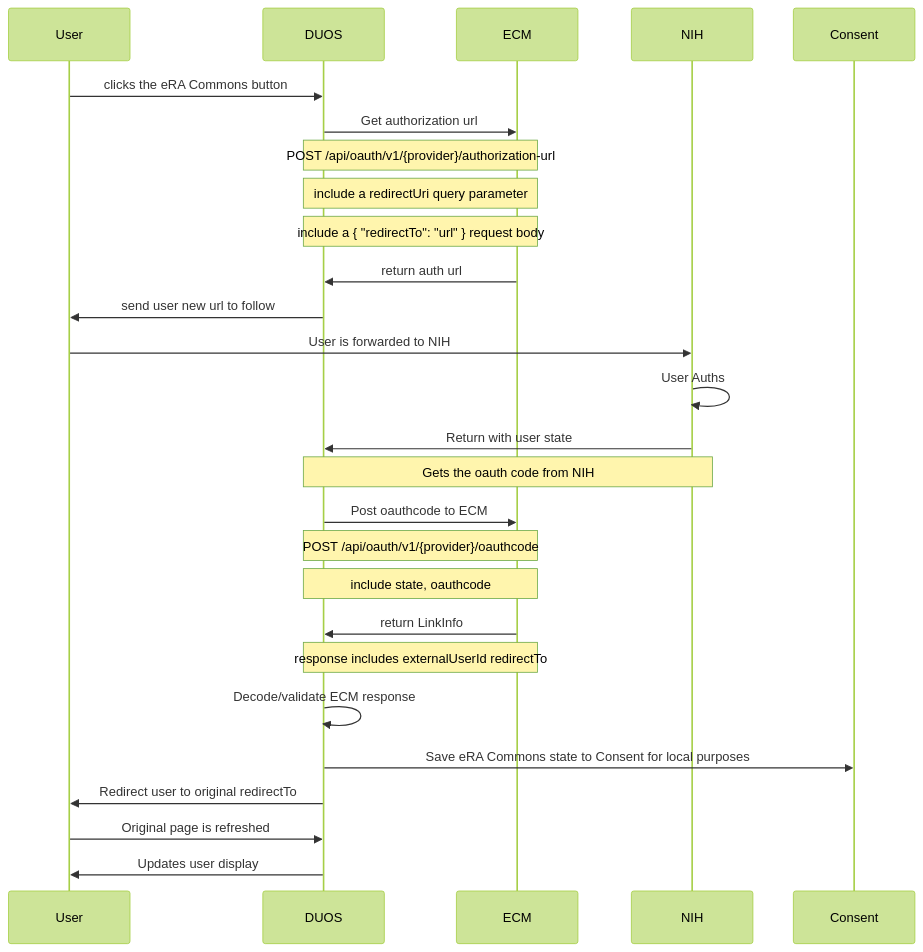
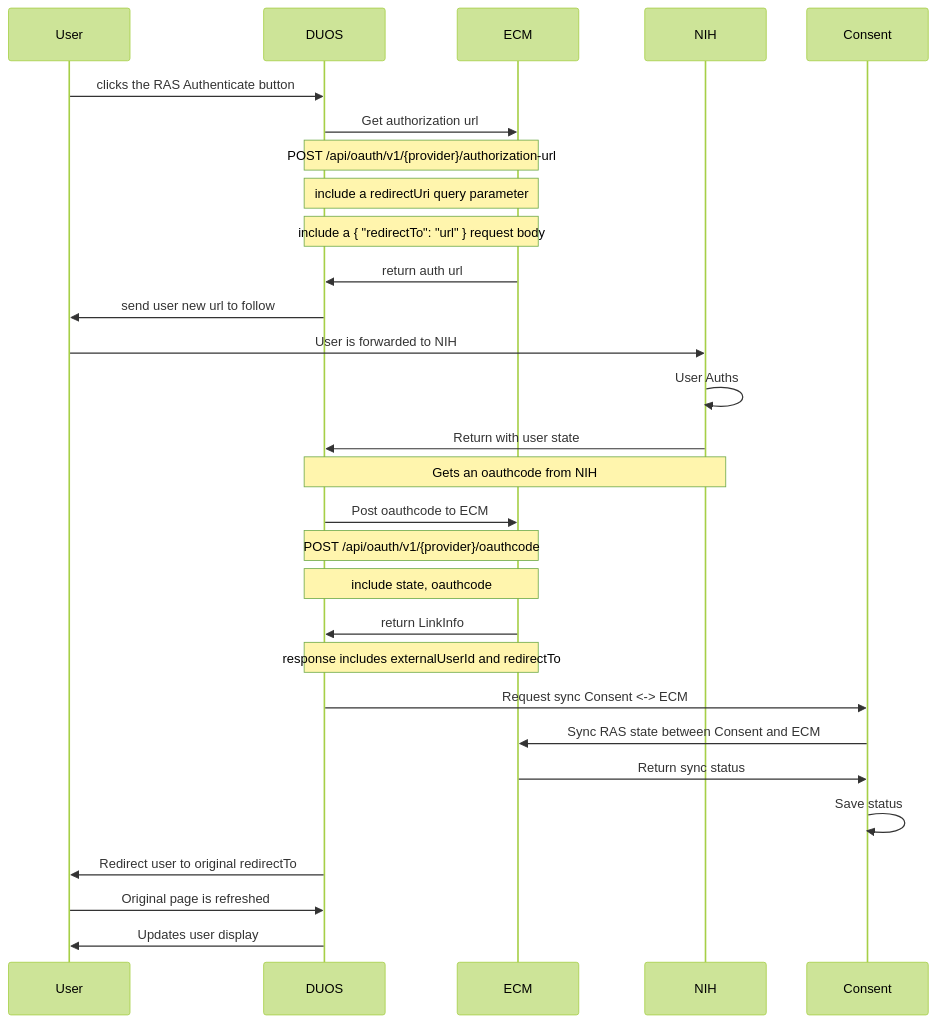
The diagram in docs/eRA_Commons.md (DataBiosphere/duos-ui), drawn with Mermaid before and after one commit. The commit also changed other lines of this file, not shown here.

Commit message:
DT-2342: Update auth sync flow documentation (#3101)

````diff
--- a/docs/eRA_Commons.md
+++ b/docs/eRA_Commons.md
@@ -11,25 +11,27 @@
 ```mermaid
 %%{init: { 'theme': 'forest' } }%%
 sequenceDiagram
-    User ->> DUOS: clicks the eRA Commons button
+    User ->> DUOS: clicks the RAS Authenticate button
     DUOS ->> ECM: Get authorization url
     Note over DUOS, ECM: POST /api/oauth/v1/{provider}/authorization-url
     Note over DUOS, ECM: include a redirectUri query parameter
     Note over DUOS, ECM: include a { "redirectTo": "url" } request body
     ECM ->> DUOS: return auth url
     DUOS ->> User: send user new url to follow
     User ->> NIH: User is forwarded to NIH
     NIH ->> NIH: User Auths
     NIH ->> DUOS: Return with user state
-    Note over DUOS, NIH: Gets the oauth code from NIH
+    Note over DUOS, NIH: Gets an oauthcode from NIH
     DUOS ->> ECM: Post oauthcode to ECM
     Note over DUOS, ECM: POST /api/oauth/v1/{provider}/oauthcode
     Note over DUOS, ECM: include state, oauthcode
     ECM ->> DUOS: return LinkInfo
-    Note over ECM, DUOS: response includes externalUserId redirectTo
-    DUOS ->> DUOS: Decode/validate ECM response
-    DUOS ->> Consent: Save eRA Commons state to Consent for local purposes
+    Note over ECM, DUOS: response includes externalUserId and redirectTo
+    DUOS ->> Consent: Request sync Consent <-> ECM
+    Consent ->> ECM: Sync RAS state between Consent and ECM
+    ECM ->> Consent: Return sync status
+    Consent ->> Consent: Save status
     DUOS ->> User: Redirect user to original redirectTo
     User ->> DUOS: Original page is refreshed
     DUOS ->> User: Updates user display
 ```
````
